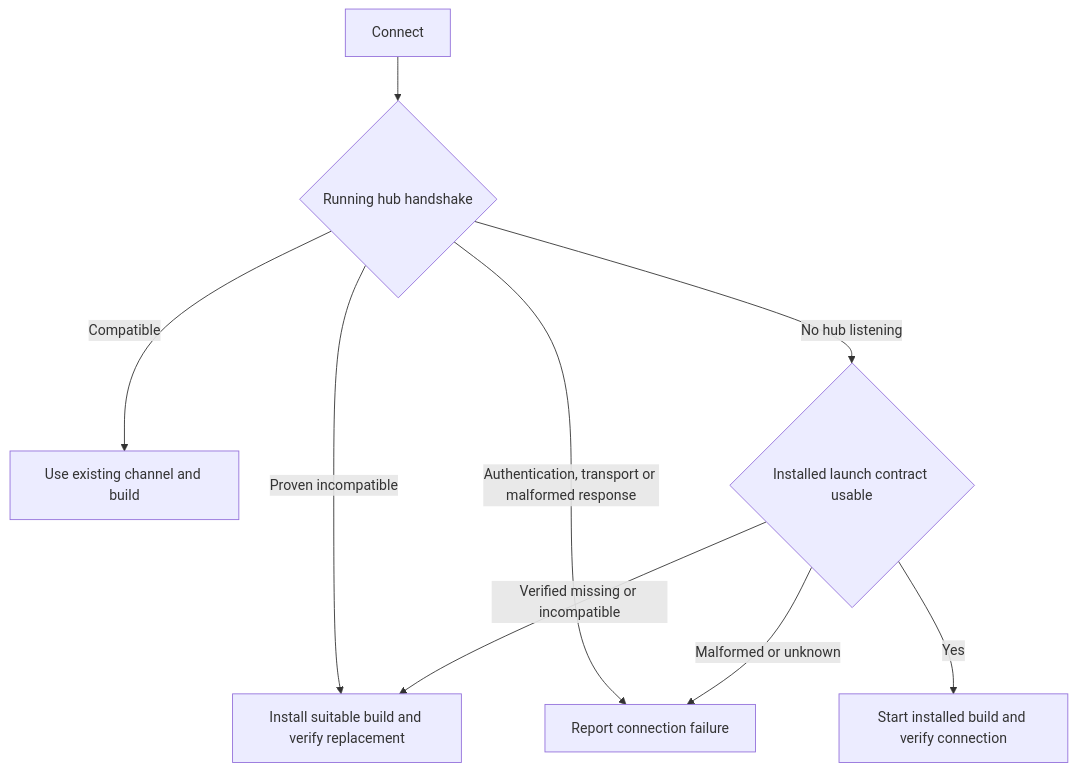
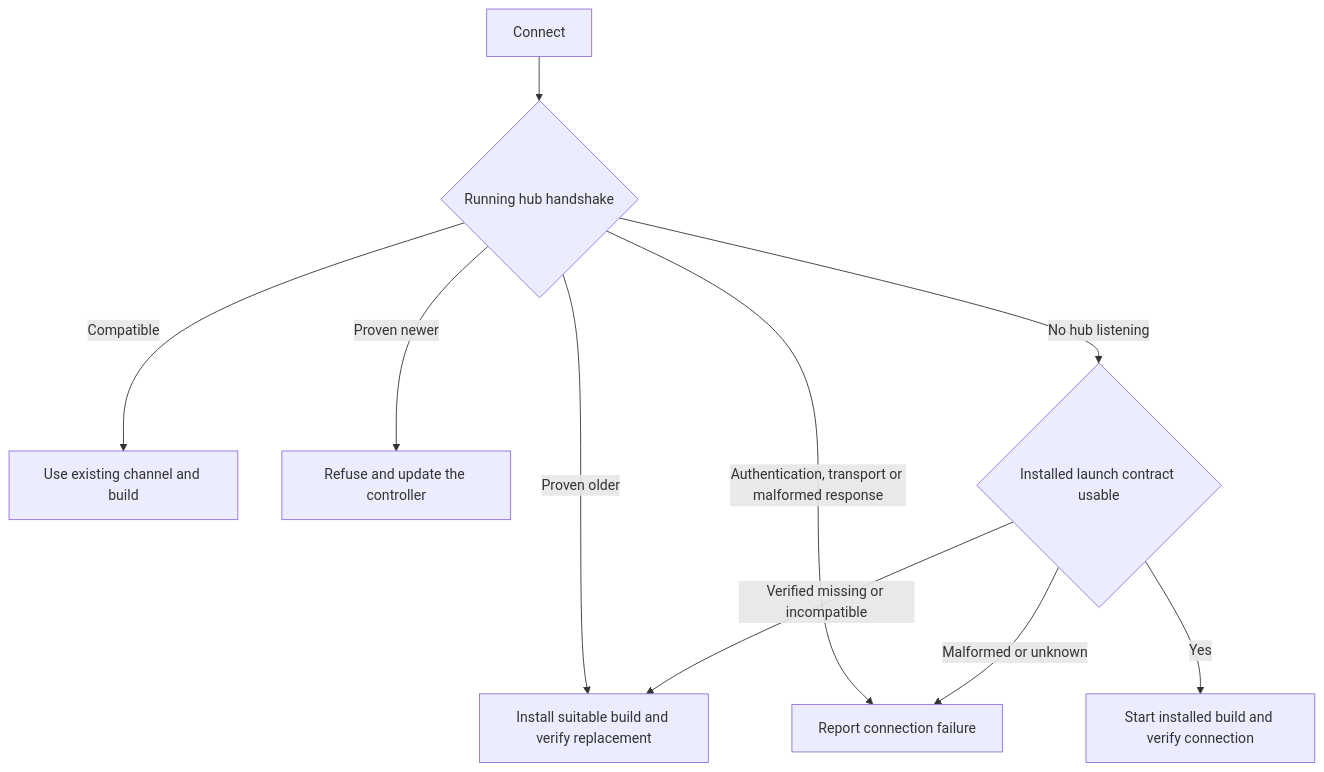
One commit to prime-radiant-inc/evener changed the second of 2 diagrams in docs/evener-hub.md. Above: the diagram before and after it, drawn with Mermaid. The commit also changed other lines of this file and 7 other files, not shown here.

````diff
--- a/docs/evener-hub.md
+++ b/docs/evener-hub.md
@@ -465,11 +465,12 @@
 ```mermaid
 flowchart TD
     A[Connect] --> B{Running hub handshake}
     B -->|Compatible| C[Use existing channel and build]
-    B -->|Proven incompatible| D[Install suitable build and verify replacement]
+    B -->|Proven older| D[Install suitable build and verify replacement]
+    B -->|Proven newer| N[Refuse and update the controller]
     B -->|Authentication, transport or malformed response| E[Report connection failure]
     B -->|No hub listening| F{Installed launch contract usable}
     F -->|Yes| G[Start installed build and verify connection]
     F -->|Verified missing or incompatible| D
     F -->|Malformed or unknown| E
 ```
````
